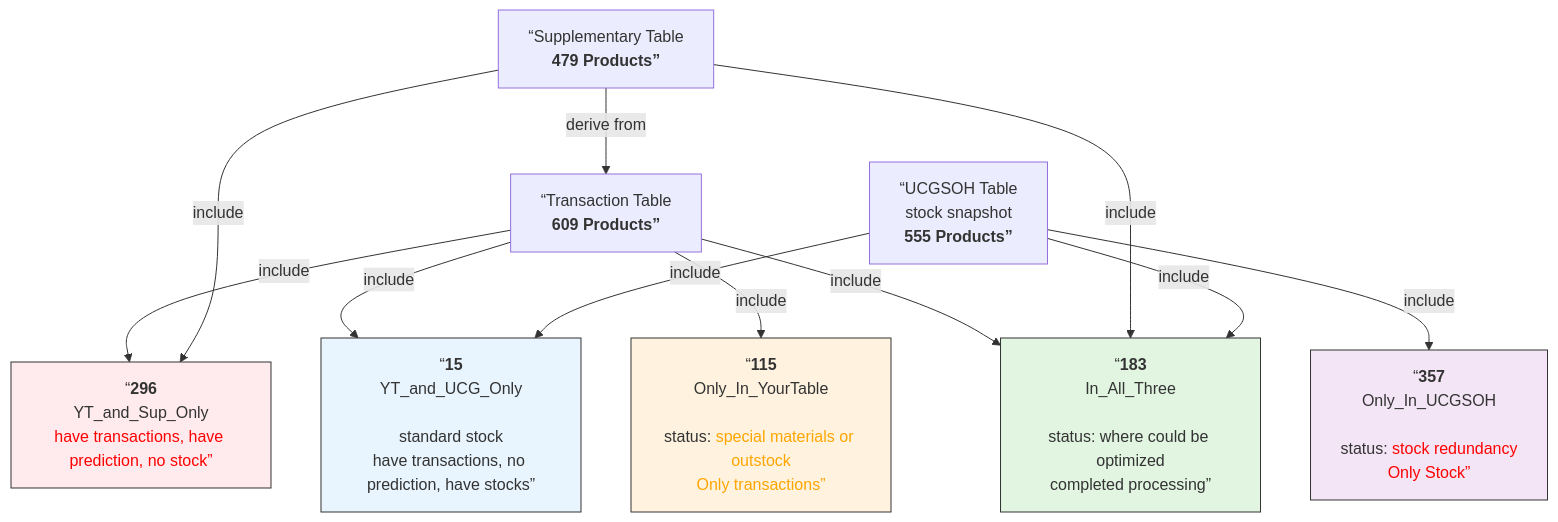
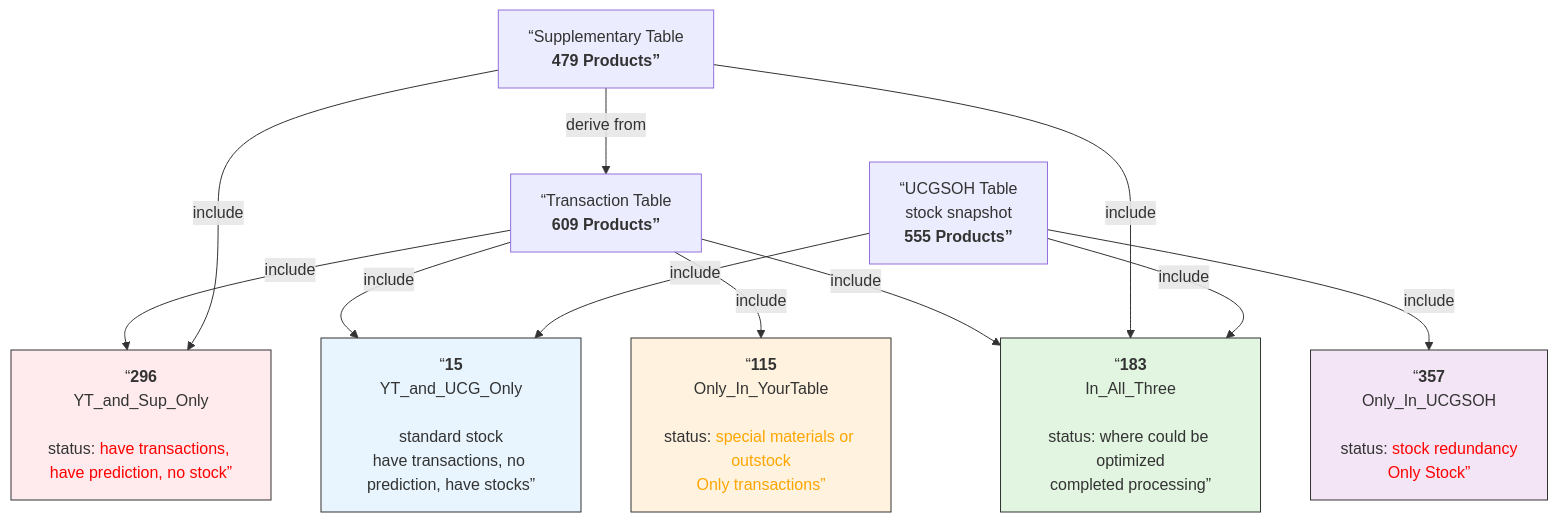
Before and after one commit to Inessa-YG/Marketing: the diagram in Telecommunication/Table relationships by productcode.md, drawn with Mermaid.

Commit message:
Update status message formatting in product code table

````diff
--- a/Telecommunication/Table relationships by productcode.md
+++ b/Telecommunication/Table relationships by productcode.md
@@ -1,37 +1,37 @@
 ```mermaid
 flowchart TD
     A[“Transaction Table<br><b>609 Products”]
 
     B[“Supplementary Table<br><b>479 Products”]
 
     C[“UCGSOH Table<br>stock snapshot<br><b>555 Products”]
 
-    AB[“<b>296</b><br>YT_and_Sup_Only<br><font color=red>have transactions, have prediction, no stock”]
+    AB[“<b>296</b><br>YT_and_Sup_Only<br><br>status: <font color=red>have transactions, have prediction, no stock”]
 
     AC[“<b>15</b><br>YT_and_UCG_Only<br><br>standard stock<br>have transactions, no prediction, have stocks”]
 
     A_Only[“<b>115</b><br>Only_In_YourTable<br><br>status: <font color=orange>special materials or outstock<br>Only transactions”]
 
     C_Only[“<b>357</b><br>Only_In_UCGSOH<br><br>status: <font color=red>stock redundancy<br>Only Stock”]
 
     ABC[“<b>183</b><br>In_All_Three<br><br>status: where could be optimized<br>completed processing”]
 
     A -->|include| AB
     A -->|include| AC
     A -->|include| A_Only
     A -->|include| ABC
 
     B -->|derive from| A
     B -->|include| AB
     B -->|include| ABC
 
     C -->|include| AC
     C -->|include| C_Only
     C -->|include| ABC
 
     style ABC fill:#e1f5e1,stroke:#333
     style AB fill:#ffebee,stroke:#333
     style A_Only fill:#fff3e0,stroke:#333
     style C_Only fill:#f3e5f5,stroke:#333
     style AC fill:#e8f5fe,stroke:#333
 ```
````
